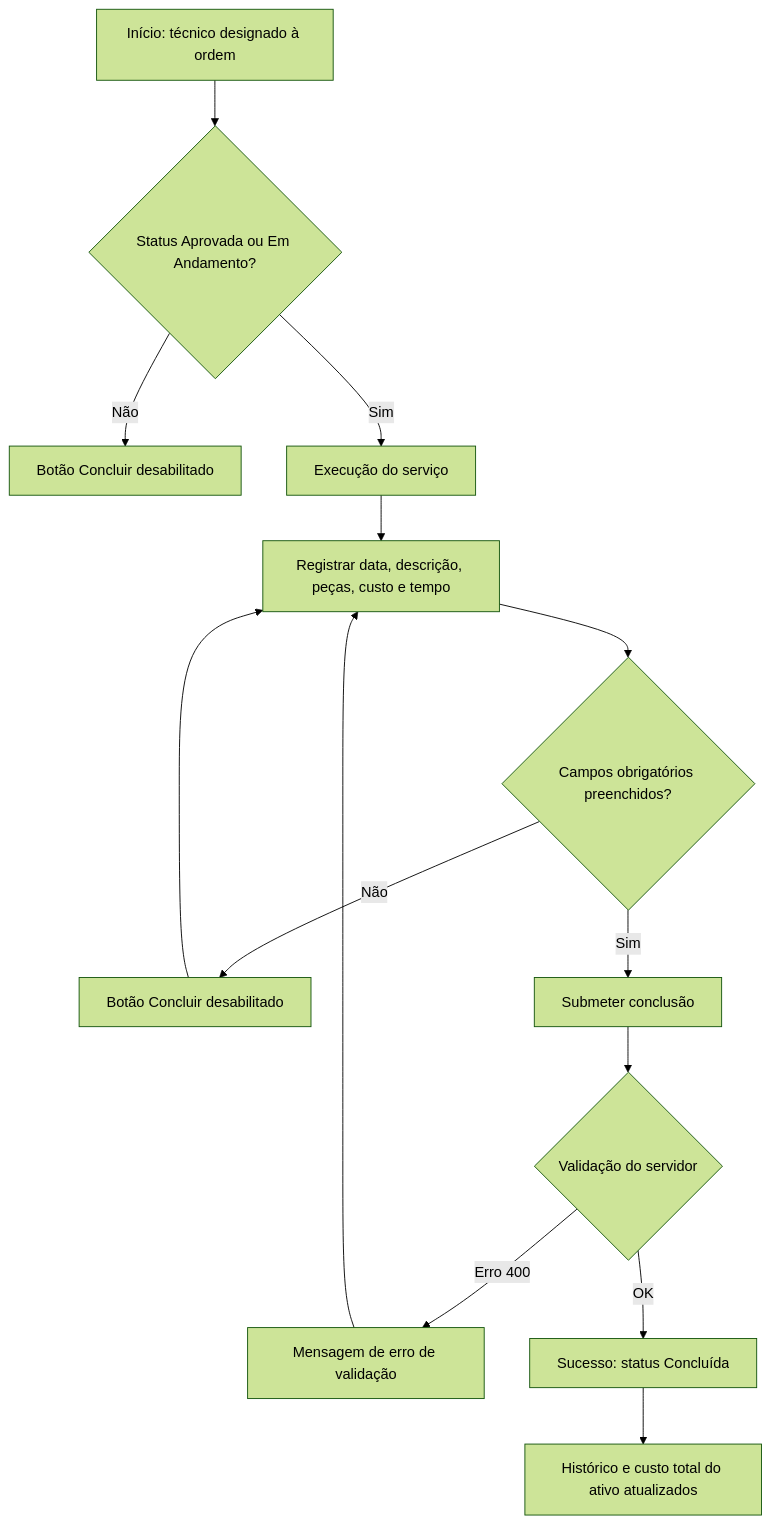
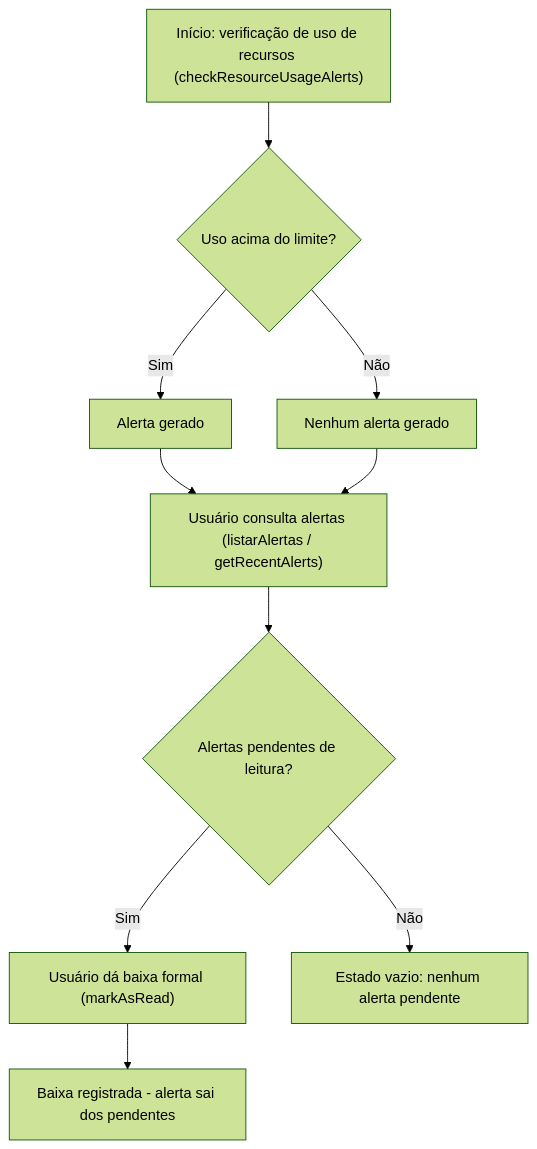
Before and after one commit to diogo-rp-menezes/aegispatrimonio: the fifth of 6 diagrams in docs/01-discovery/user-flows.md, drawn with Mermaid (forest theme). The commit also changed other lines of this file and 49 other files, not shown here.

````diff
--- a/docs/01-discovery/user-flows.md
+++ b/docs/01-discovery/user-flows.md
@@ -214,16 +177,12 @@
 ```mermaid
 graph TD
-    A["Início: técnico designado à ordem"] --> B{"Status Aprovada ou Em Andamento?"}
-    B -- "Não" --> C["Botão Concluir desabilitado"]
-    B -- "Sim" --> D["Execução do serviço"]
-    D --> E["Registrar data, descrição, peças, custo e tempo"]
-    E --> F{"Campos obrigatórios preenchidos?"}
-    F -- "Não" --> G["Botão Concluir desabilitado"]
-    G --> E
-    F -- "Sim" --> H["Submeter conclusão"]
-    H --> I{"Validação do servidor"}
-    I -- "Erro 400" --> J["Mensagem de erro de validação"]
-    J --> E
-    I -- "OK" --> K["Sucesso: status Concluída"]
-    K --> L["Histórico e custo total do ativo atualizados"]
+    A["Início: verificação de uso de recursos (checkResourceUsageAlerts)"] --> B{"Uso acima do limite?"}
+    B -- "Sim" --> C["Alerta gerado"]
+    B -- "Não" --> D["Nenhum alerta gerado"]
+    C --> E["Usuário consulta alertas (listarAlertas / getRecentAlerts)"]
+    D --> E
+    E --> F{"Alertas pendentes de leitura?"}
+    F -- "Sim" --> G["Usuário dá baixa formal (markAsRead)"]
+    G --> H["Baixa registrada - alerta sai dos pendentes"]
+    F -- "Não" --> I["Estado vazio: nenhum alerta pendente"]
 ```
````
